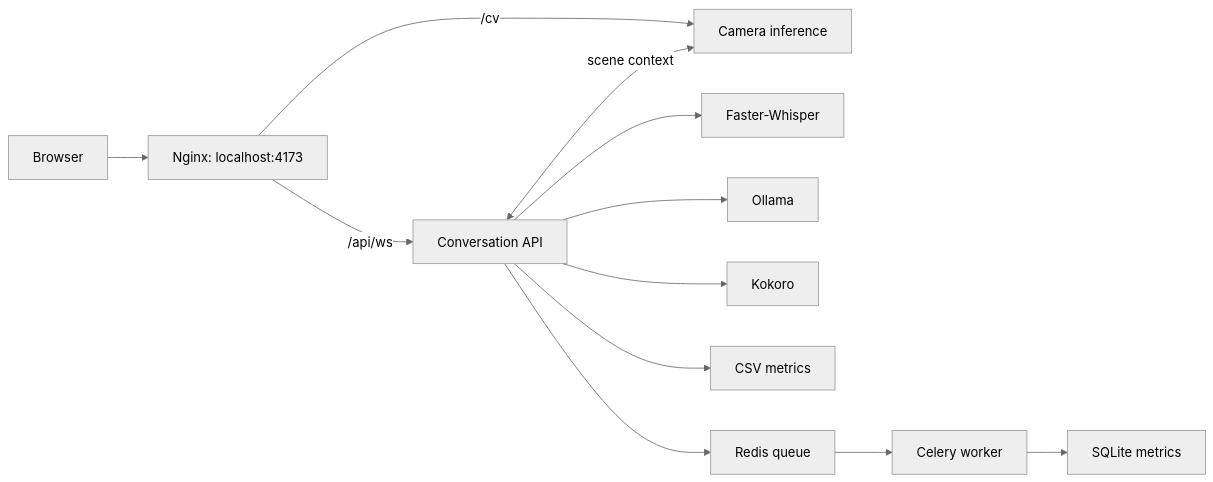
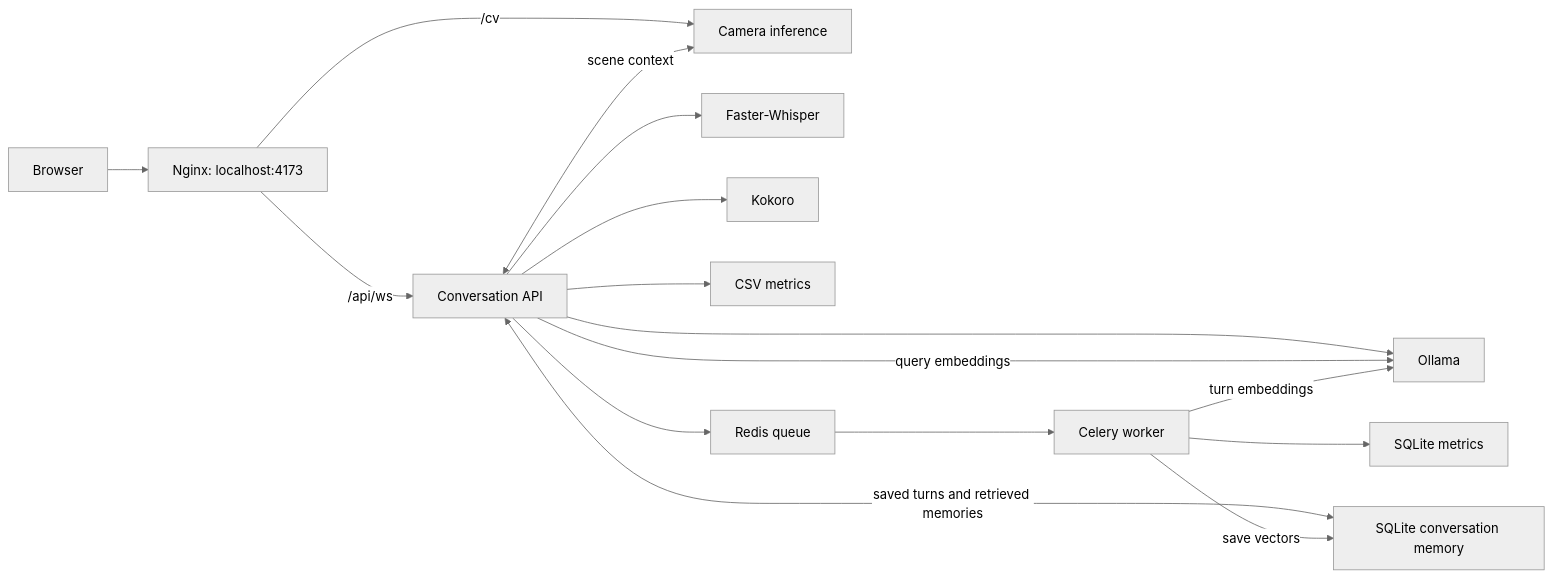
One commit to Dhanush-S-Gowda/virtual-human changed the diagram in README.md. Above: the diagram before and after it, drawn with Mermaid (neutral theme). The commit also changed other lines of this file and 27 other files, not shown here.

Commit message:
Add persistent conversation memory with hybrid RAG and reranking

````diff
--- a/README.md
+++ b/README.md
@@ -80,14 +82,18 @@
 ```mermaid
 flowchart LR
     Browser[Browser] --> Web[Nginx: localhost:4173]
     Web -->|/api/ws| API[Conversation API]
     Web -->|/cv| CV[Camera inference]
     API --> STT[Faster-Whisper]
     API --> LLM[Ollama]
     API --> TTS[Kokoro]
     API <-->|scene context| CV
     API --> CSV[CSV metrics]
     API --> Redis[Redis queue]
     Redis --> Worker[Celery worker]
-    Worker --> SQLite[SQLite metrics]
+    Worker --> MetricsDB[SQLite metrics]
+    API <-->|saved turns and retrieved memories| MemoryDB[SQLite conversation memory]
+    API -->|query embeddings| LLM
+    Worker -->|turn embeddings| LLM
+    Worker -->|save vectors| MemoryDB
 ```
````
